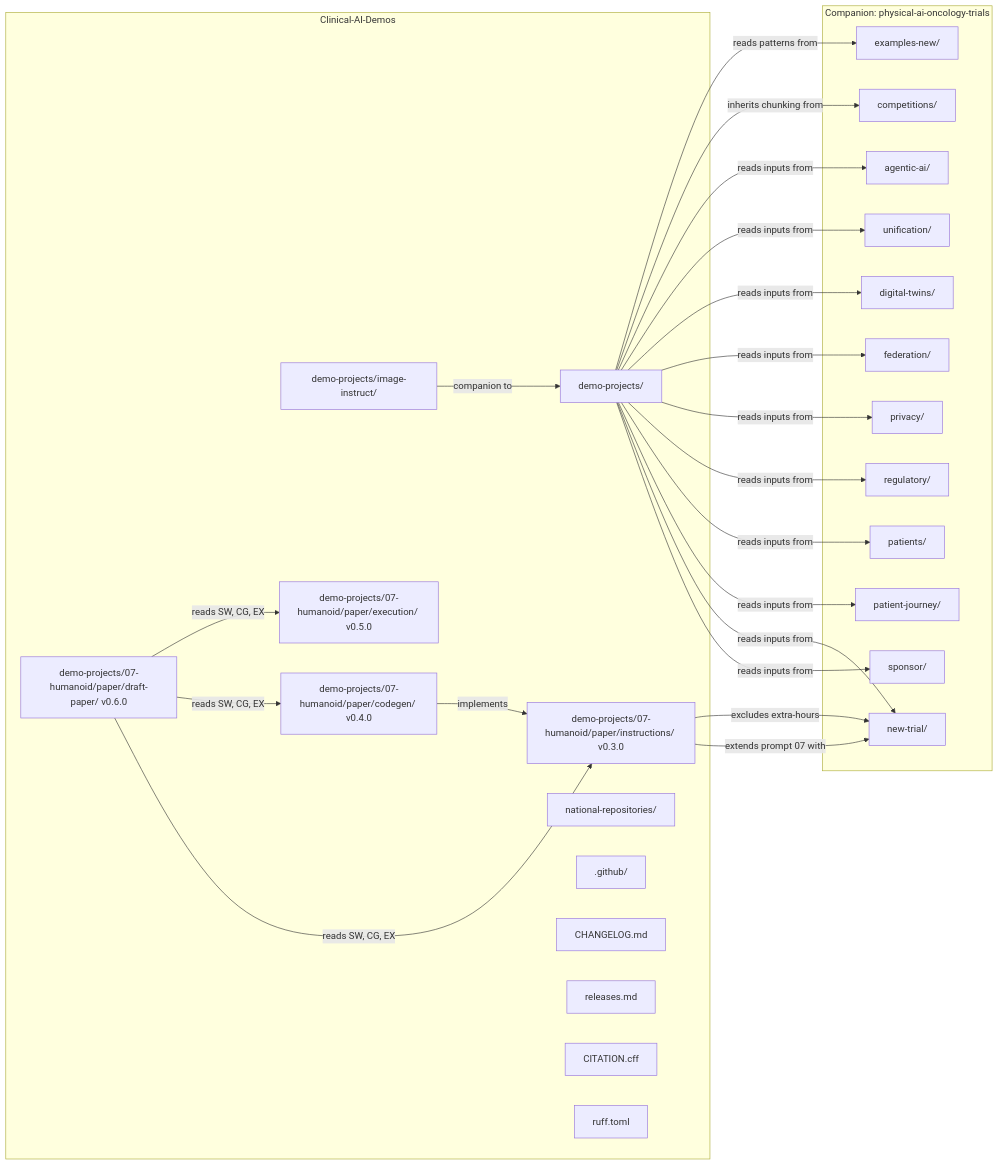
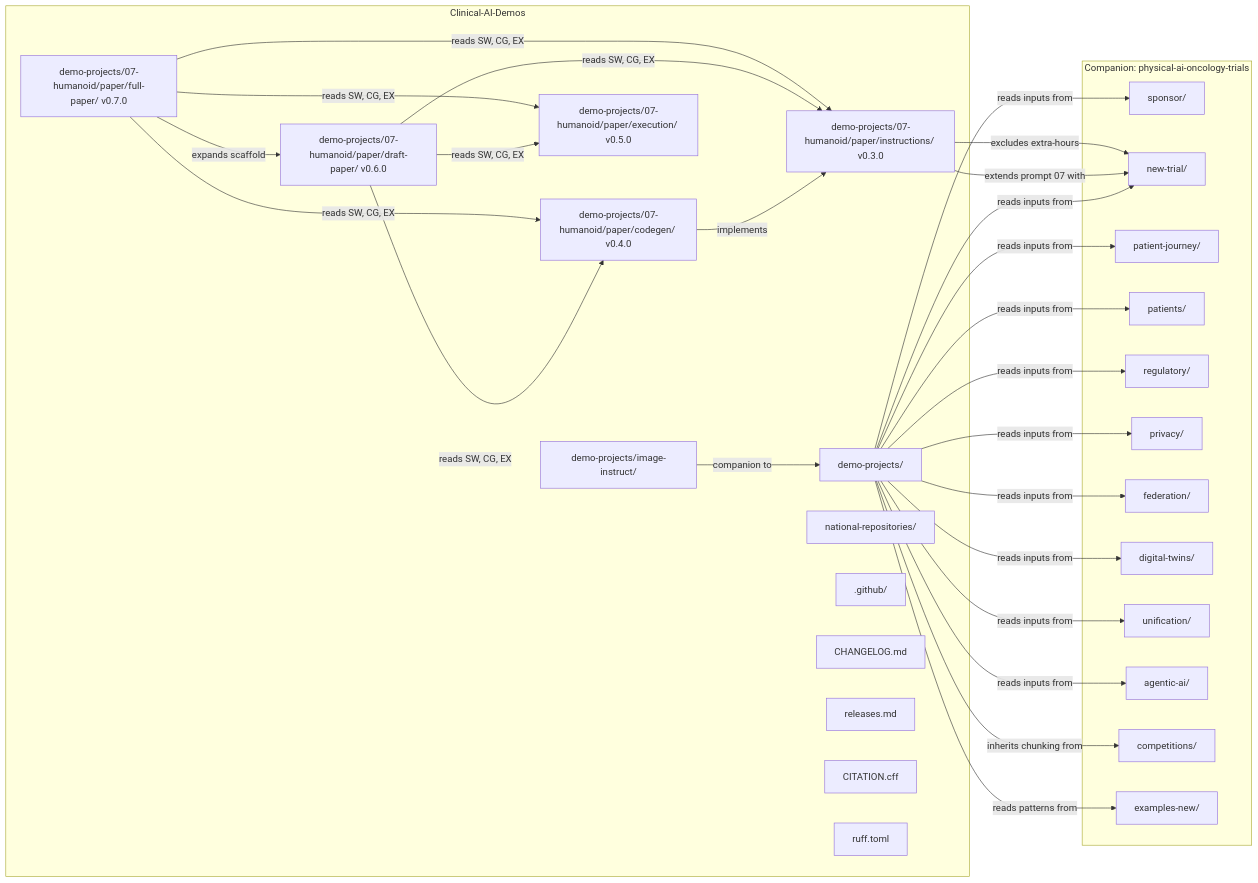
Before and after one commit to kevinkawchak/Clinical-AI-Demos: the first of 2 diagrams in README.md, drawn with Mermaid. The commit also changed other lines of this file and 4 other files, not shown here.

First line of the commit message:
v0.7.0 repository updates for the full paper LaTeX expansion

````diff
--- a/README.md
+++ b/README.md
@@ -218,52 +240,57 @@
 ```mermaid
 flowchart LR
   subgraph CAD[Clinical-AI-Demos]
     DP[demo-projects/]
     II[demo-projects/image-instruct/]
     SW[demo-projects/07-humanoid/paper/instructions/ v0.3.0]
     CG[demo-projects/07-humanoid/paper/codegen/ v0.4.0]
     EX[demo-projects/07-humanoid/paper/execution/ v0.5.0]
     DRP[demo-projects/07-humanoid/paper/draft-paper/ v0.6.0]
+    FP[demo-projects/07-humanoid/paper/full-paper/ v0.7.0]
     NR[national-repositories/]
     GH[.github/]
     CHG[CHANGELOG.md]
     REL[releases.md]
     CTN[CITATION.cff]
     RUF[ruff.toml]
   end
 
   subgraph CAP[Companion: physical-ai-oncology-trials]
     SPO[sponsor/]
     NTR[new-trial/]
     PJN[patient-journey/]
     PAT[patients/]
     REG[regulatory/]
     PRI[privacy/]
     FED[federation/]
     DTW[digital-twins/]
     UNI[unification/]
     AGI[agentic-ai/]
     COM[competitions/]
     EXM[examples-new/]
   end
 
   DP -->|reads inputs from| SPO
   DP -->|reads inputs from| NTR
   DP -->|reads inputs from| PJN
   DP -->|reads inputs from| PAT
   DP -->|reads inputs from| REG
   DP -->|reads inputs from| PRI
   DP -->|reads inputs from| FED
   DP -->|reads inputs from| DTW
   DP -->|reads inputs from| UNI
   DP -->|reads inputs from| AGI
   DP -->|inherits chunking from| COM
   DP -->|reads patterns from| EXM
   II -->|companion to| DP
   SW -->|extends prompt 07 with| NTR
   SW -->|excludes extra-hours| NTR
   CG -->|implements| SW
   DRP -->|reads SW, CG, EX| SW
   DRP -->|reads SW, CG, EX| CG
   DRP -->|reads SW, CG, EX| EX
+  FP -->|expands scaffold| DRP
+  FP -->|reads SW, CG, EX| SW
+  FP -->|reads SW, CG, EX| CG
+  FP -->|reads SW, CG, EX| EX
 ```
````
